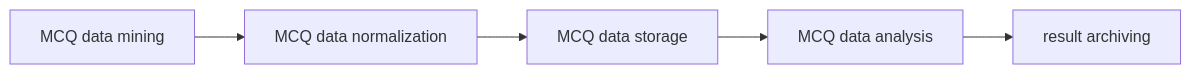
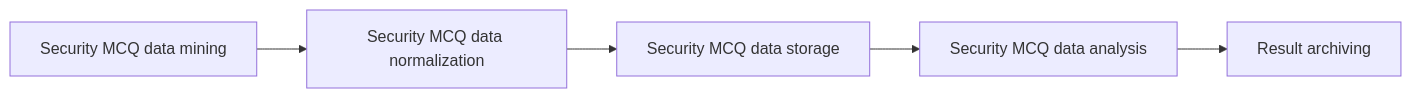
The diagram in README.md (LiuYuancheng/MCQ-GPT-Bot), drawn with Mermaid before and after one commit. The commit also changed other lines of this file and 9 other files, not shown here.

````diff
--- a/README.md
+++ b/README.md
@@ -91,8 +56,8 @@
 ```mermaid
 graph LR;
-A[MCQ data mining] -->  B
-B[MCQ data normalization] --> C
-C[MCQ data storage] --> D
-D[MCQ data analysis] --> E
-E[result archiving]
+A[Security MCQ data mining] -->  B
+B[Security MCQ data normalization] --> C
+C[Security MCQ data storage] --> D
+D[Security MCQ data analysis] --> E
+E[Result archiving]
 ```
````
